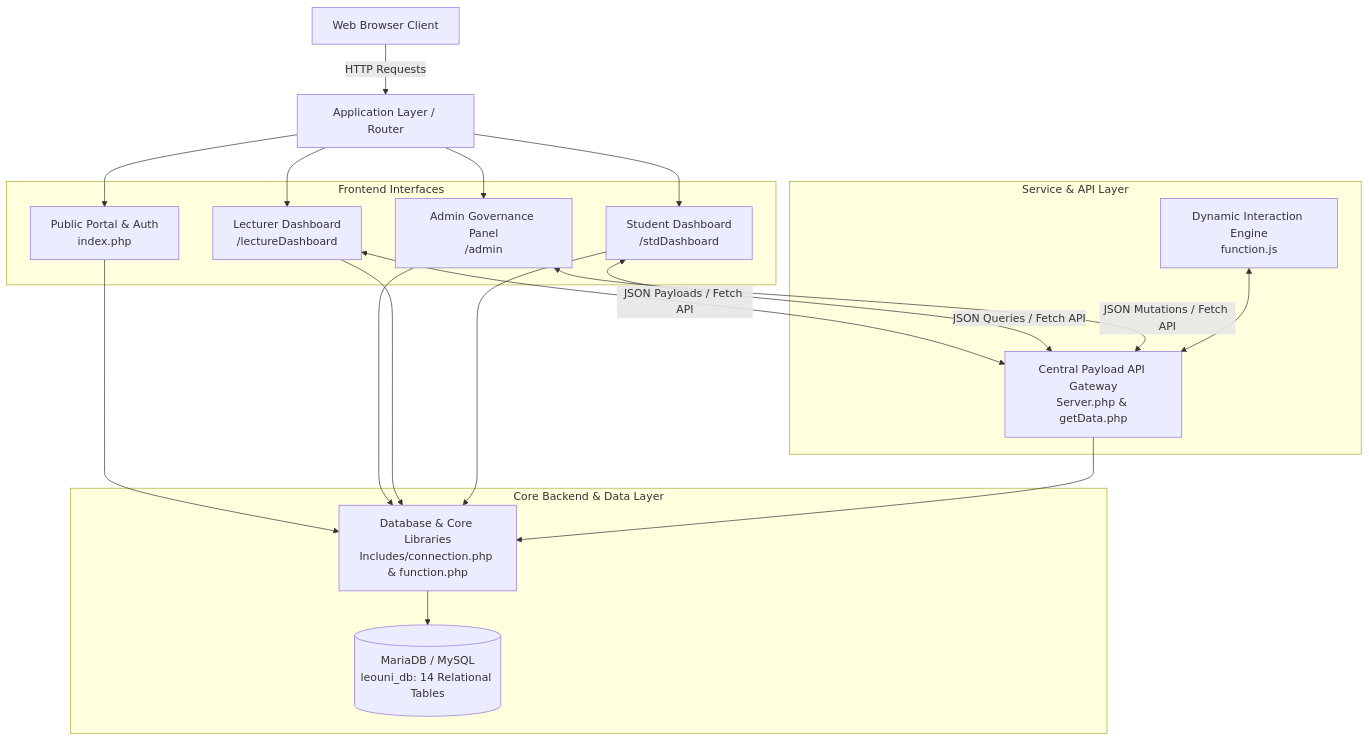
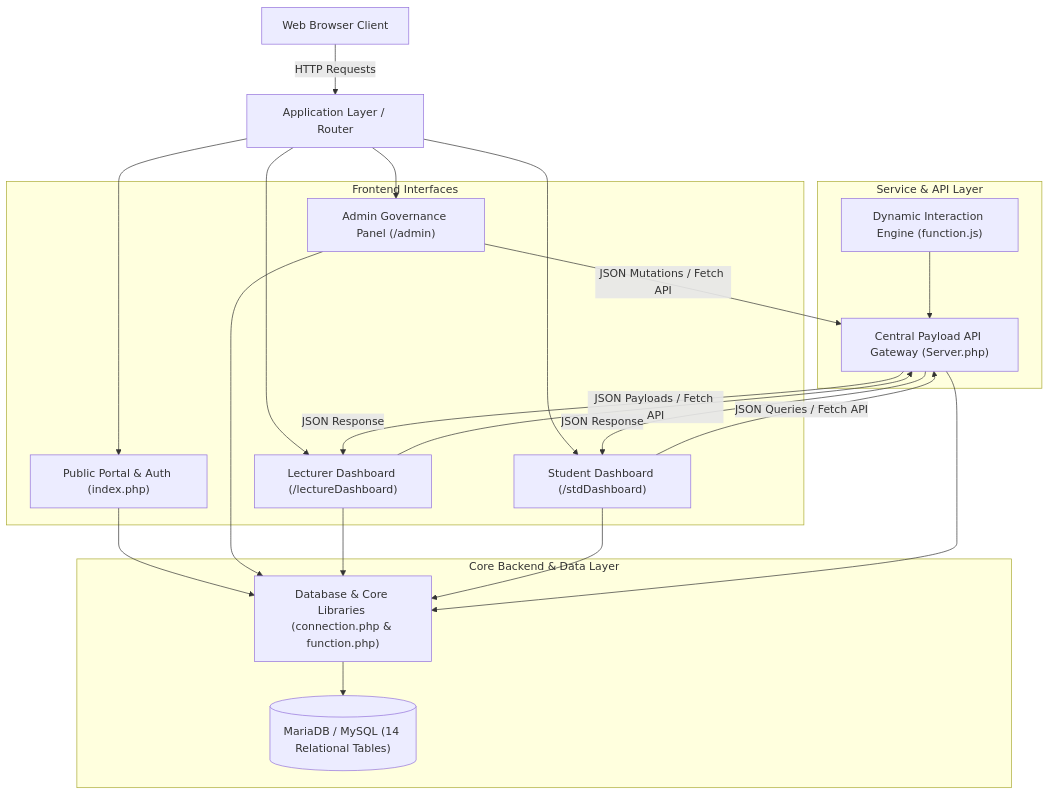
Before and after one commit to FahadhCodes/leoInternationalUniversitySystem: the first of 2 diagrams in README.md, drawn with Mermaid. The commit also changed other lines of this file, not shown here.

Commit message:
fix(docs): resolve Mermaid syntax errors in flowchart and erDiagram

````diff
--- a/README.md
+++ b/README.md
@@ -67,38 +71,40 @@
 ```mermaid
 flowchart TD
-    Client[Web Browser Client] -->|HTTP Requests| Router[Application Layer / Router]
+    Client["Web Browser Client"] -->|HTTP Requests| Router["Application Layer / Router"]
 
-    subgraph Frontend Interfaces
-        Portal[Public Portal & Auth<br/>index.php]
-        AdminPanel[Admin Governance Panel<br/>/admin]
-        LecDashboard[Lecturer Dashboard<br/>/lectureDashboard]
-        StdDashboard[Student Dashboard<br/>/stdDashboard]
+    subgraph Frontend ["Frontend Interfaces"]
+        Portal["Public Portal & Auth (index.php)"]
+        AdminPanel["Admin Governance Panel (/admin)"]
+        LecDashboard["Lecturer Dashboard (/lectureDashboard)"]
+        StdDashboard["Student Dashboard (/stdDashboard)"]
     end
 
     Router --> Portal
     Router --> AdminPanel
     Router --> LecDashboard
     Router --> StdDashboard
 
-    subgraph Service & API Layer
-        ServerAPI[Central Payload API Gateway<br/>Server.php & getData.php]
-        ClientJS[Dynamic Interaction Engine<br/>function.js]
+    subgraph ServiceAPI ["Service & API Layer"]
+        ServerAPI["Central Payload API Gateway (Server.php)"]
+        ClientJS["Dynamic Interaction Engine (function.js)"]
     end
 
-    LecDashboard <-->|JSON Payloads / Fetch API| ServerAPI
-    StdDashboard <-->|JSON Queries / Fetch API| ServerAPI
-    AdminPanel <-->|JSON Mutations / Fetch API| ServerAPI
-    ClientJS <--> ServerAPI
+    LecDashboard -->|JSON Payloads / Fetch API| ServerAPI
+    ServerAPI -->|JSON Response| LecDashboard
+    StdDashboard -->|JSON Queries / Fetch API| ServerAPI
+    ServerAPI -->|JSON Response| StdDashboard
+    AdminPanel -->|JSON Mutations / Fetch API| ServerAPI
+    ClientJS --> ServerAPI
 
-    subgraph Core Backend & Data Layer
-        DBHelper[Database & Core Libraries<br/>Includes/connection.php & function.php]
-        MySQL[(MariaDB / MySQL<br/>leouni_db: 14 Relational Tables)]
+    subgraph BackendData ["Core Backend & Data Layer"]
+        DBHelper["Database & Core Libraries (connection.php & function.php)"]
+        MySQL[("MariaDB / MySQL (14 Relational Tables)")]
     end
 
     Portal --> DBHelper
     AdminPanel --> DBHelper
     LecDashboard --> DBHelper
     StdDashboard --> DBHelper
     ServerAPI --> DBHelper
     DBHelper --> MySQL
 ```
````
